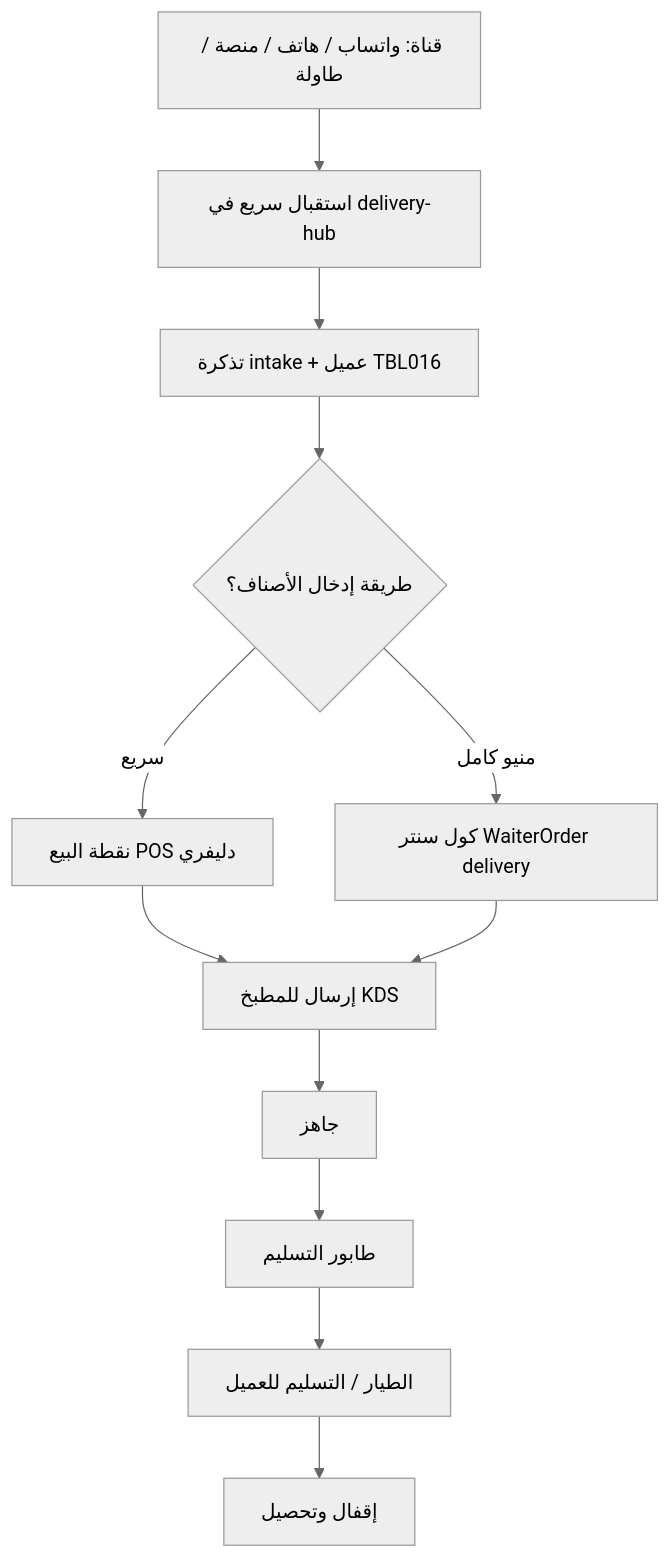
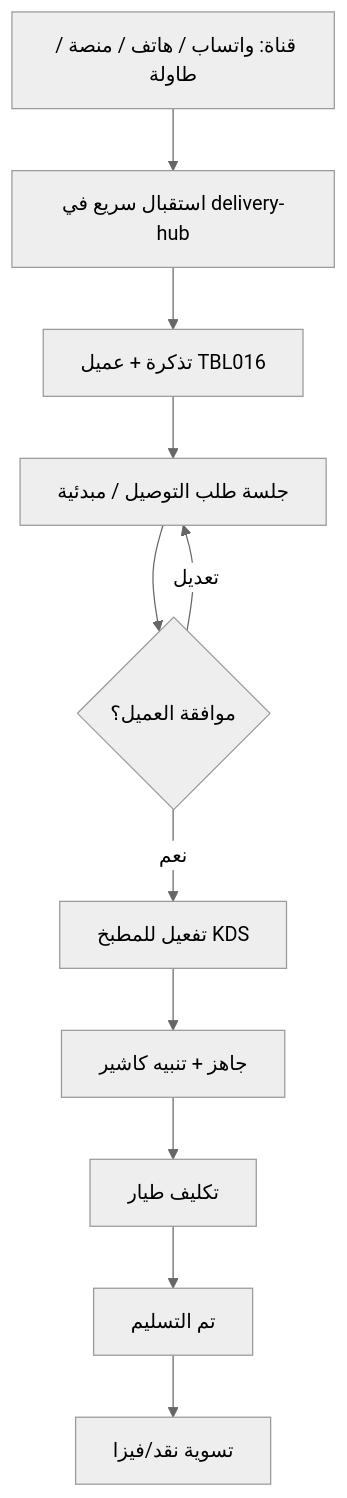
Before and after one commit to Nabilsoliman9869/resturant_2026: the diagram in docs/DELIVERY_CALL_CENTER_PLAYBOOK.md, drawn with Mermaid (neutral theme). The commit also changed other lines of this file and 5 other files, not shown here.

Commit message:
feat(delivery): إكمال جلسة المبدئية والإضافات وطابور التتبع

````diff
--- a/docs/DELIVERY_CALL_CENTER_PLAYBOOK.md
+++ b/docs/DELIVERY_CALL_CENTER_PLAYBOOK.md
@@ -152,14 +70,13 @@
 ```mermaid
 flowchart TD
   A[قناة: واتساب / هاتف / منصة / طاولة] --> B[استقبال سريع في delivery-hub]
-  B --> C[تذكرة intake + عميل TBL016]
-  C --> D{طريقة إدخال الأصناف؟}
-  D -->|سريع| E[نقطة البيع POS دليفري]
-  D -->|منيو كامل| F[كول سنتر WaiterOrder delivery]
-  E --> G[إرسال للمطبخ KDS]
-  F --> G
-  G --> H[جاهز]
-  H --> I[طابور التسليم]
-  I --> J[الطيار / التسليم للعميل]
-  J --> K[إقفال وتحصيل]
+  B --> C[تذكرة + عميل TBL016]
+  C --> D[جلسة طلب التوصيل / مبدئية]
+  D --> E{موافقة العميل؟}
+  E -->|تعديل| D
+  E -->|نعم| F[تفعيل للمطبخ KDS]
+  F --> G[جاهز + تنبيه كاشير]
+  G --> H[تكليف طيار]
+  H --> I[تم التسليم]
+  I --> J[تسوية نقد/فيزا]
 ```
````
